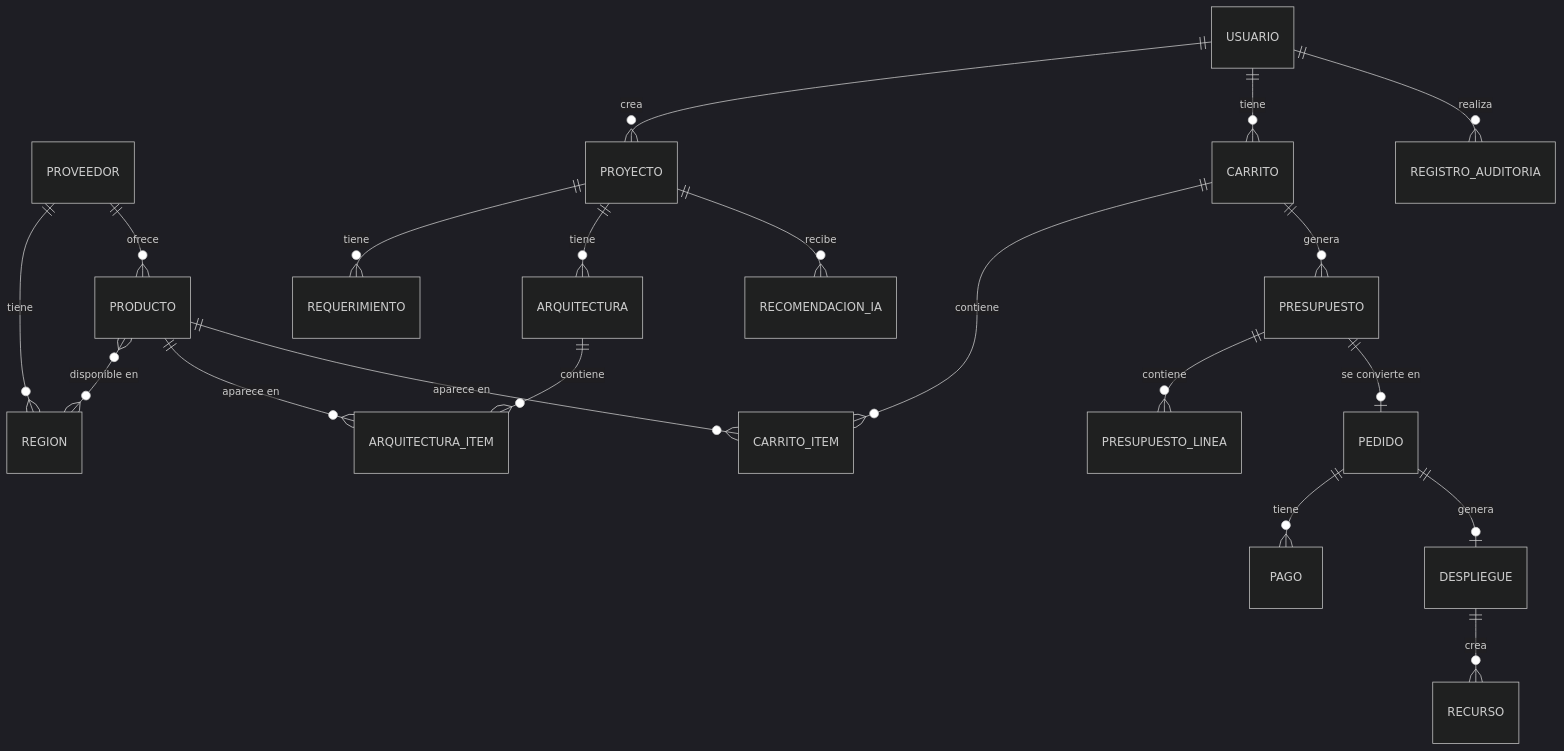
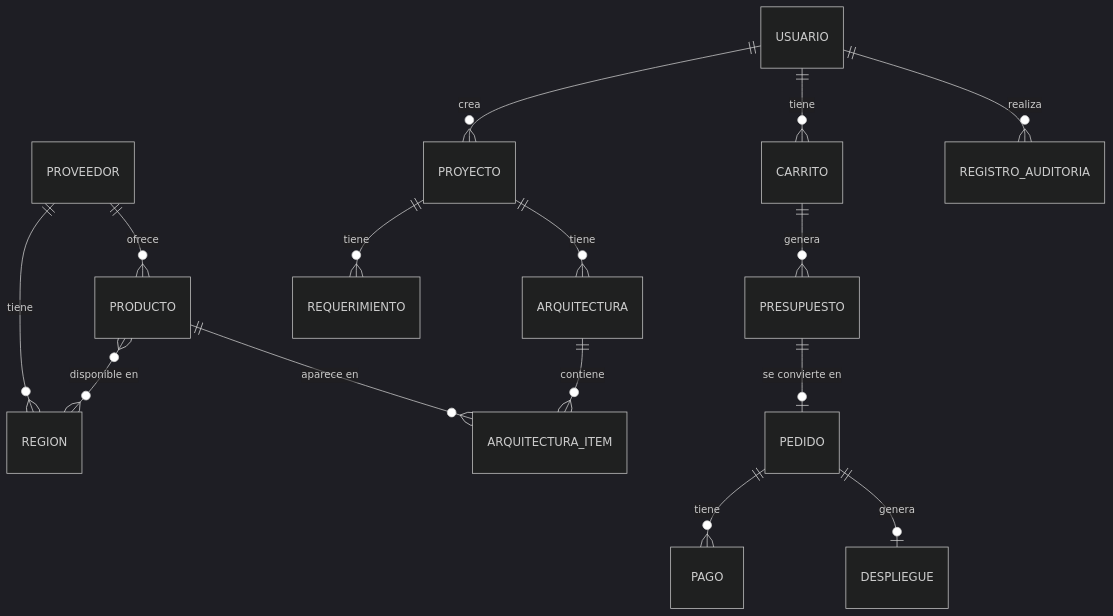
The diagram in docs/modelo-datos.md (gabrielsanchzz/Cloud_con_IA), drawn with Mermaid (dark theme) before and after one commit. The commit also changed other lines of this file and 2 other files, not shown here.

````diff
--- a/docs/modelo-datos.md
+++ b/docs/modelo-datos.md
@@ -62,22 +51,17 @@
 ```mermaid
 erDiagram
     PROVEEDOR ||--o{ REGION : tiene
     PROVEEDOR ||--o{ PRODUCTO : ofrece
     PRODUCTO }o--o{ REGION : "disponible en"
     USUARIO ||--o{ PROYECTO : crea
     PROYECTO ||--o{ REQUERIMIENTO : tiene
     PROYECTO ||--o{ ARQUITECTURA : tiene
-    PROYECTO ||--o{ RECOMENDACION_IA : recibe
     ARQUITECTURA ||--o{ ARQUITECTURA_ITEM : contiene
     PRODUCTO ||--o{ ARQUITECTURA_ITEM : "aparece en"
     USUARIO ||--o{ CARRITO : tiene
-    CARRITO ||--o{ CARRITO_ITEM : contiene
-    PRODUCTO ||--o{ CARRITO_ITEM : "aparece en"
     CARRITO ||--o{ PRESUPUESTO : genera
-    PRESUPUESTO ||--o{ PRESUPUESTO_LINEA : contiene
     PRESUPUESTO ||--o| PEDIDO : "se convierte en"
     PEDIDO ||--o{ PAGO : tiene
     PEDIDO ||--o| DESPLIEGUE : genera
-    DESPLIEGUE ||--o{ RECURSO : crea
     USUARIO ||--o{ REGISTRO_AUDITORIA : realiza
 ```
````
